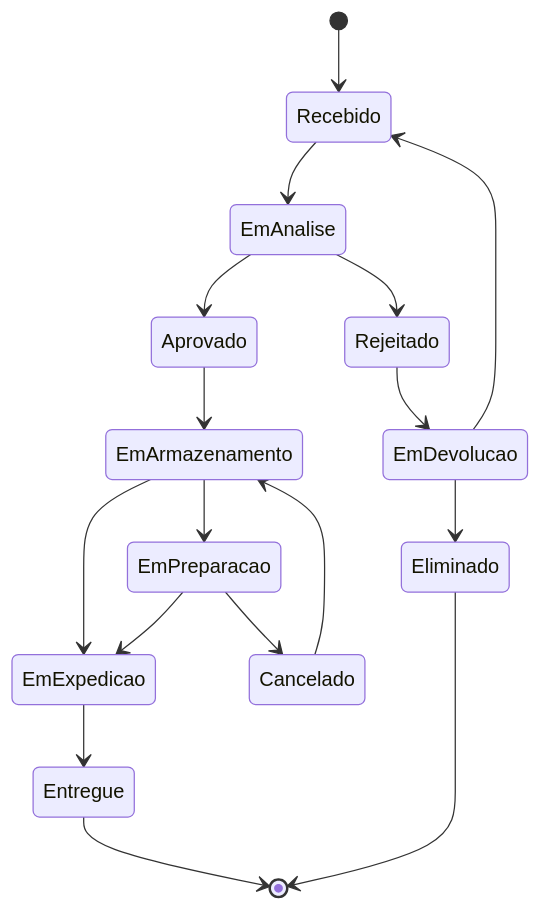
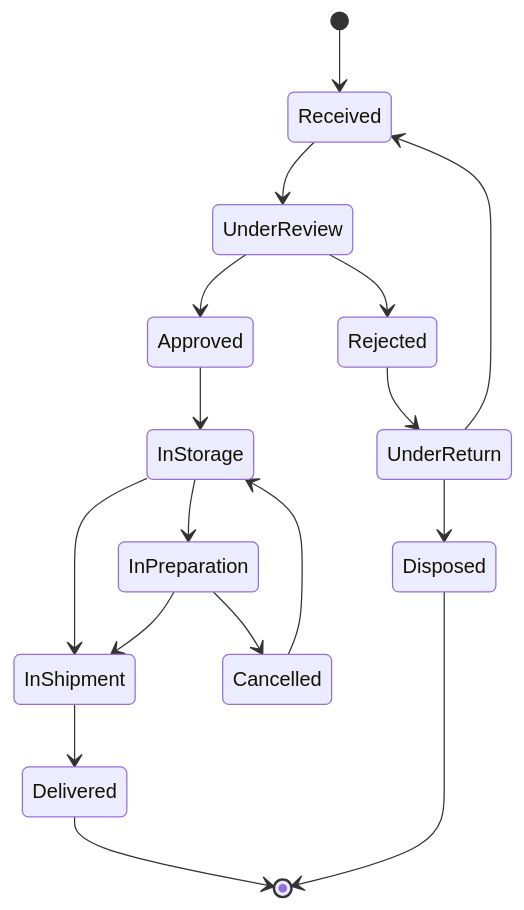
Before and after one commit to GoncaloCoimbra/logistica-multi-tenant: the diagram in README.md, drawn with Mermaid. The commit also changed other lines of this file, not shown here.

````diff
--- a/README.md
+++ b/README.md
@@ -335,19 +186,19 @@
 ```mermaid
 stateDiagram-v2
-    [*] --> Recebido
-    Recebido --> EmAnalise
-    EmAnalise --> Aprovado
-    EmAnalise --> Rejeitado
-    Rejeitado --> EmDevolucao
-    Aprovado --> EmArmazenamento
-    EmArmazenamento --> EmPreparacao
-    EmArmazenamento --> EmExpedicao
-    EmPreparacao --> EmExpedicao
-    EmPreparacao --> Cancelado
-    EmExpedicao --> Entregue
-    EmDevolucao --> Recebido
-    EmDevolucao --> Eliminado
-    Cancelado --> EmArmazenamento
-    Entregue --> [*]
-    Eliminado --> [*]
+    [*] --> Received
+    Received --> UnderReview
+    UnderReview --> Approved
+    UnderReview --> Rejected
+    Rejected --> UnderReturn
+    Approved --> InStorage
+    InStorage --> InPreparation
+    InStorage --> InShipment
+    InPreparation --> InShipment
+    InPreparation --> Cancelled
+    InShipment --> Delivered
+    UnderReturn --> Received
+    UnderReturn --> Disposed
+    Cancelled --> InStorage
+    Delivered --> [*]
+    Disposed --> [*]
 ```
````
